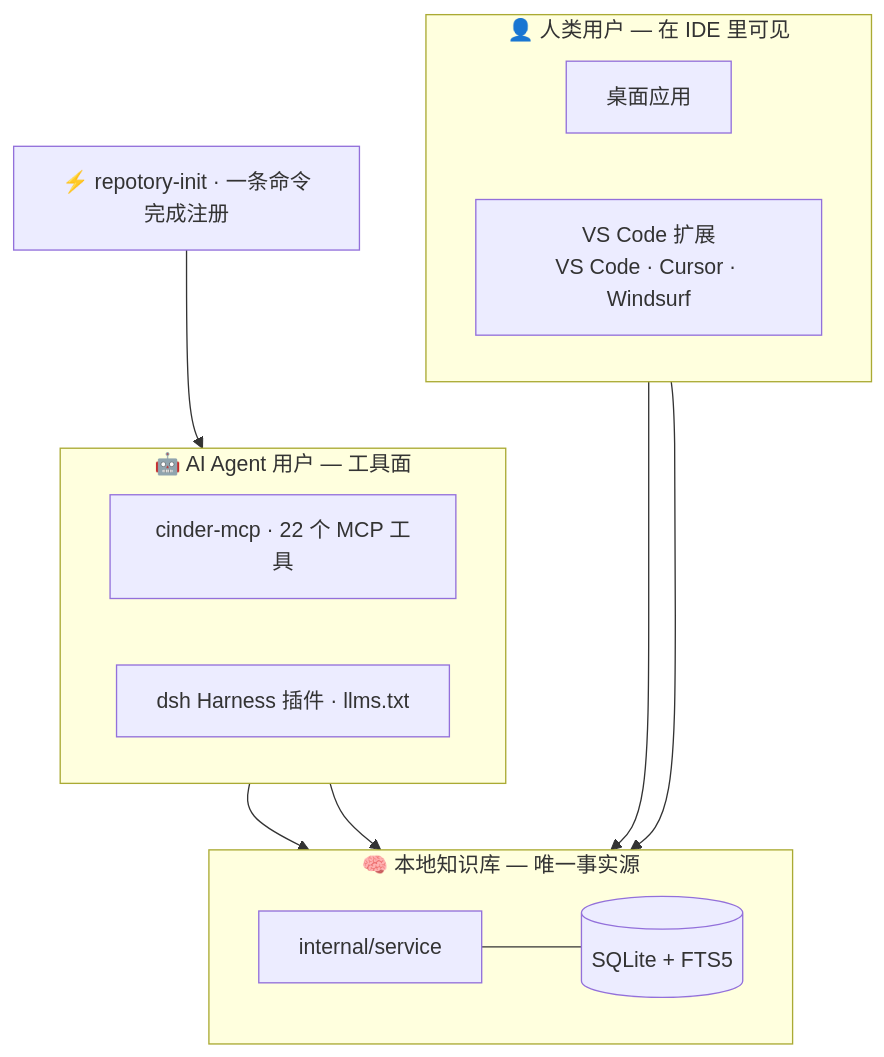
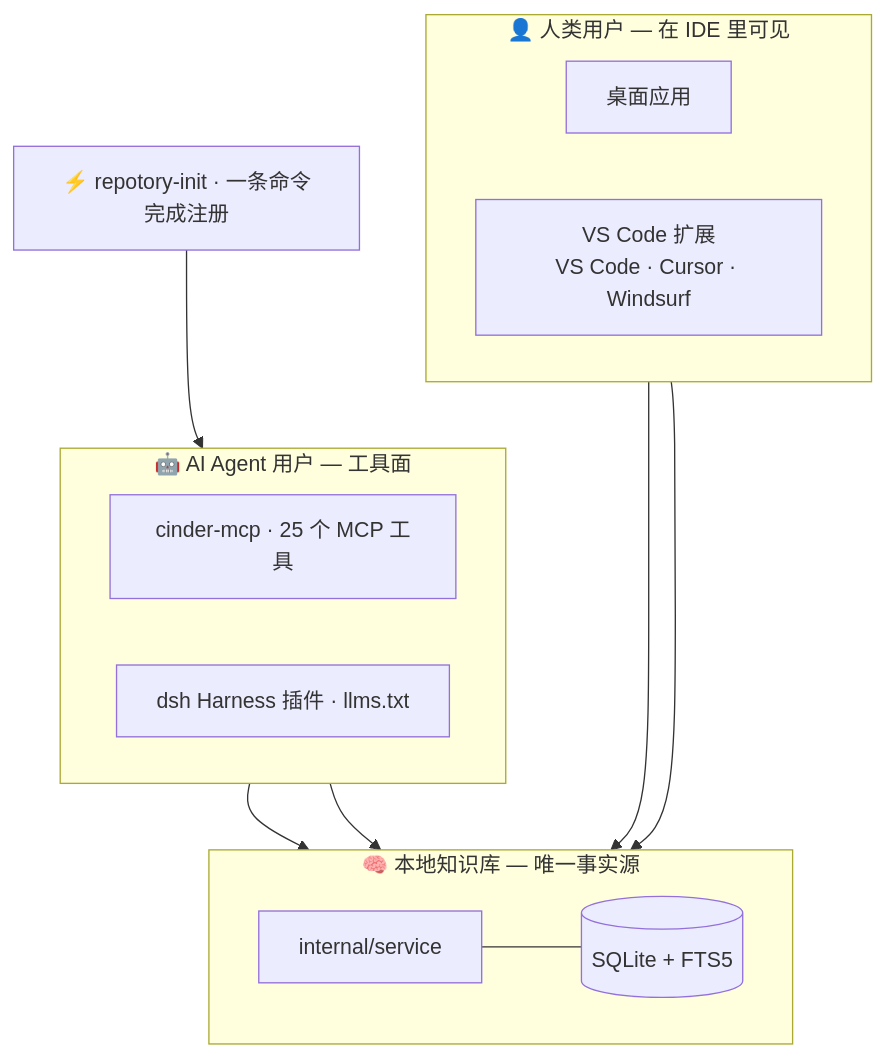
The fifth of 5 diagrams in docs/architecture.md (sky-jiangcheng/cinder), drawn with Mermaid before and after one commit. The commit also changed 83 other files, not shown here.

````diff
--- a/docs/architecture.md
+++ b/docs/architecture.md
@@ -125,24 +125,24 @@
 ```mermaid
 flowchart TB
     subgraph HUMAN[👤 人类用户 — 在 IDE 里可见]
         direction LR
         DESKTOP[桌面应用]
         VSCODE[VS Code 扩展<br/>VS Code · Cursor · Windsurf]
     end
     subgraph AGENT[🤖 AI Agent 用户 — 工具面]
         direction LR
-        MCP[cinder-mcp · 22 个 MCP 工具]
+        MCP[cinder-mcp · 25 个 MCP 工具]
         DSH[dsh Harness 插件 · llms.txt]
     end
     subgraph CORE[🧠 本地知识库 — 唯一事实源]
         direction LR
         SVC[internal/service] --- DB[(SQLite + FTS5)]
     end
     HUMAN ~~~ AGENT ~~~ CORE
     INIT[⚡ repotory-init · 一条命令完成注册]
     INIT --> MCP
     DESKTOP --> SVC
     VSCODE --> SVC
     MCP --> SVC
     DSH --> SVC
 ```
````
